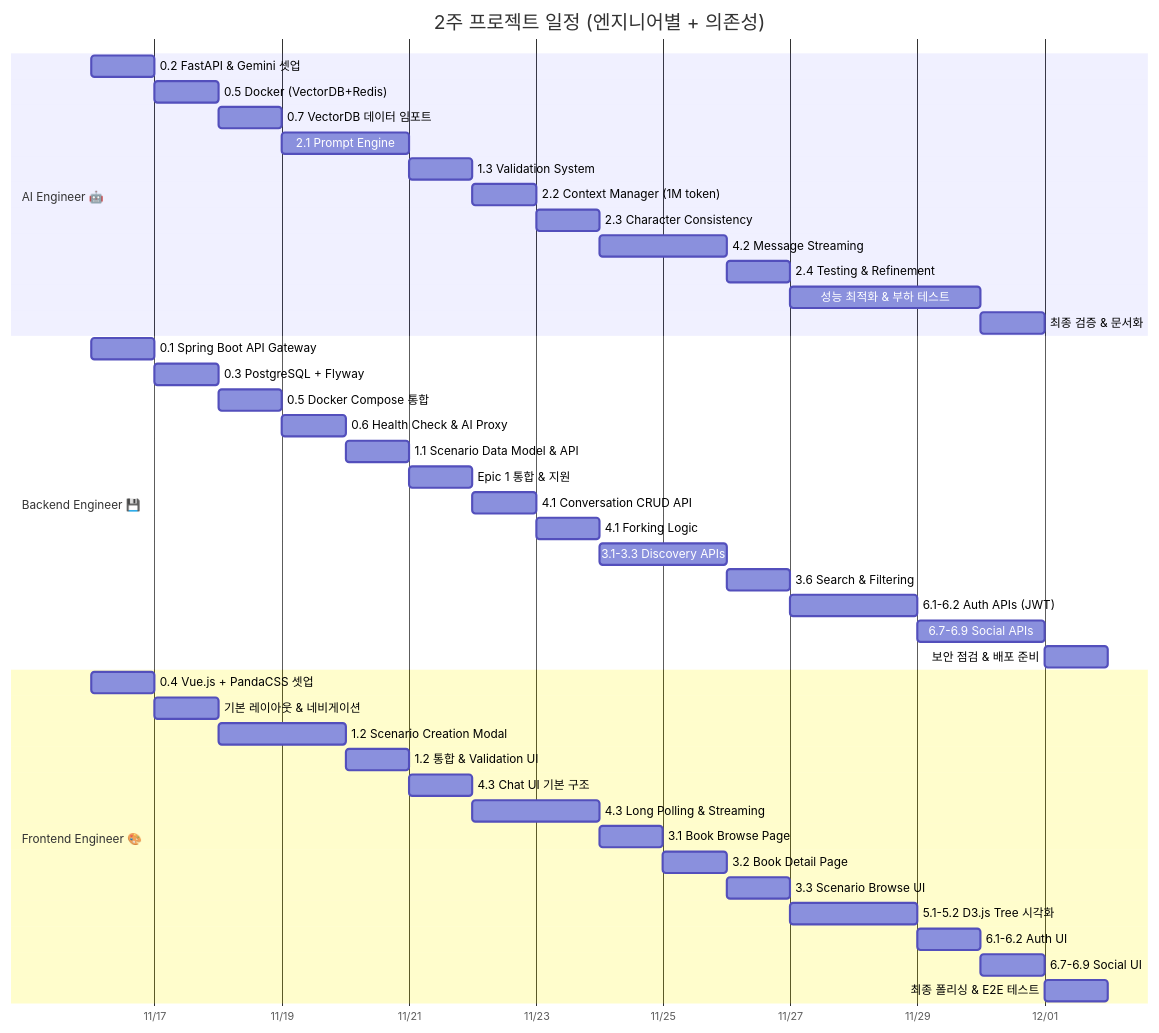
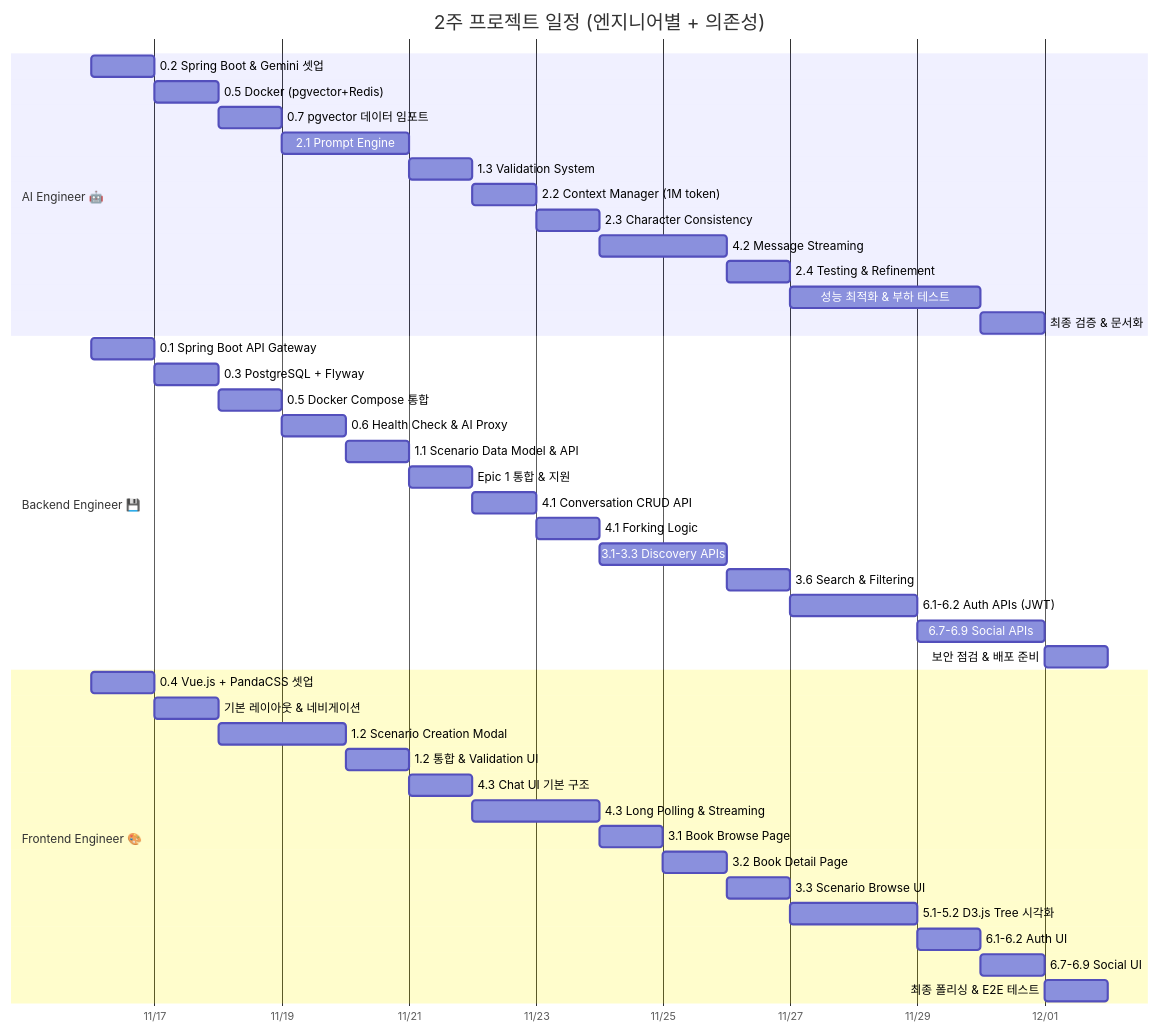
One commit to SideProjectSFY/gaji changed the second of 3 diagrams in docs/2-plan/gantt-chart.md. Above: the diagram before and after it, drawn with Mermaid. The commit also changed other lines of this file and 69 other files, not shown here.

````diff
--- a/docs/2-plan/gantt-chart.md
+++ b/docs/2-plan/gantt-chart.md
@@ -85,49 +85,49 @@
 ```mermaid
 gantt
     title 2주 프로젝트 일정 (엔지니어별 + 의존성)
     dateFormat YYYY-MM-DD
     axisFormat %m/%d
 
     section AI Engineer 🤖
-    0.2 FastAPI & Gemini 셋업        :ai1, 2025-11-16, 1d
-    0.5 Docker (VectorDB+Redis)     :ai2, after ai1, 0.5d
-    0.7 VectorDB 데이터 임포트      :ai3, after ai2, 1d
+    0.2 Spring Boot & Gemini 셋업        :ai1, 2025-11-16, 1d
+    0.5 Docker (pgvector+Redis)     :ai2, after ai1, 0.5d
+    0.7 pgvector 데이터 임포트      :ai3, after ai2, 1d
     2.1 Prompt Engine                :ai4, after ai3, 2d
     1.3 Validation System            :ai5, after ai4, 1d
     2.2 Context Manager (1M token)   :ai6, after ai5, 1d
     2.3 Character Consistency        :ai7, after ai6, 1d
     4.2 Message Streaming            :ai8, after ai7, 2d
     2.4 Testing & Refinement         :ai9, after ai8, 1d
     성능 최적화 & 부하 테스트        :ai10, after ai9, 3d
     최종 검증 & 문서화               :ai11, after ai10, 1d
 
     section Backend Engineer 💾
     0.1 Spring Boot API Gateway     :be1, 2025-11-16, 1d
     0.3 PostgreSQL + Flyway         :be2, after be1, 1d
     0.5 Docker Compose 통합         :be3, after be2, 0.5d
     0.6 Health Check & AI Proxy     :be4, after be3, 1d
     1.1 Scenario Data Model & API   :be5, after be4, 1d
     Epic 1 통합 & 지원              :be6, after be5, 1d
     4.1 Conversation CRUD API       :be7, after be6, 1d
     4.1 Forking Logic               :be8, after be7, 1d
     3.1-3.3 Discovery APIs          :be9, after be8, 2d
     3.6 Search & Filtering          :be10, after be9, 1d
     6.1-6.2 Auth APIs (JWT)         :be11, after be10, 2d
     6.7-6.9 Social APIs             :be12, after be11, 2d
     보안 점검 & 배포 준비           :be13, after be12, 1d
 
     section Frontend Engineer 🎨
     0.4 Vue.js + PandaCSS 셋업      :fe1, 2025-11-16, 1d
     기본 레이아웃 & 네비게이션       :fe2, after fe1, 1d
     1.2 Scenario Creation Modal     :fe3, after fe2, 2d
     1.2 통합 & Validation UI        :fe4, after fe3, 1d
     4.3 Chat UI 기본 구조           :fe5, after fe4, 1d
     4.3 Long Polling & Streaming    :fe6, after fe5, 2d
     3.1 Book Browse Page            :fe7, after fe6, 1d
     3.2 Book Detail Page            :fe8, after fe7, 1d
     3.3 Scenario Browse UI          :fe9, after fe8, 1d
     5.1-5.2 D3.js Tree 시각화       :fe10, after fe9, 2d
     6.1-6.2 Auth UI                 :fe11, after fe10, 1d
     6.7-6.9 Social UI               :fe12, after fe11, 1d
     최종 폴리싱 & E2E 테스트        :fe13, after fe12, 1d
 ```
````
